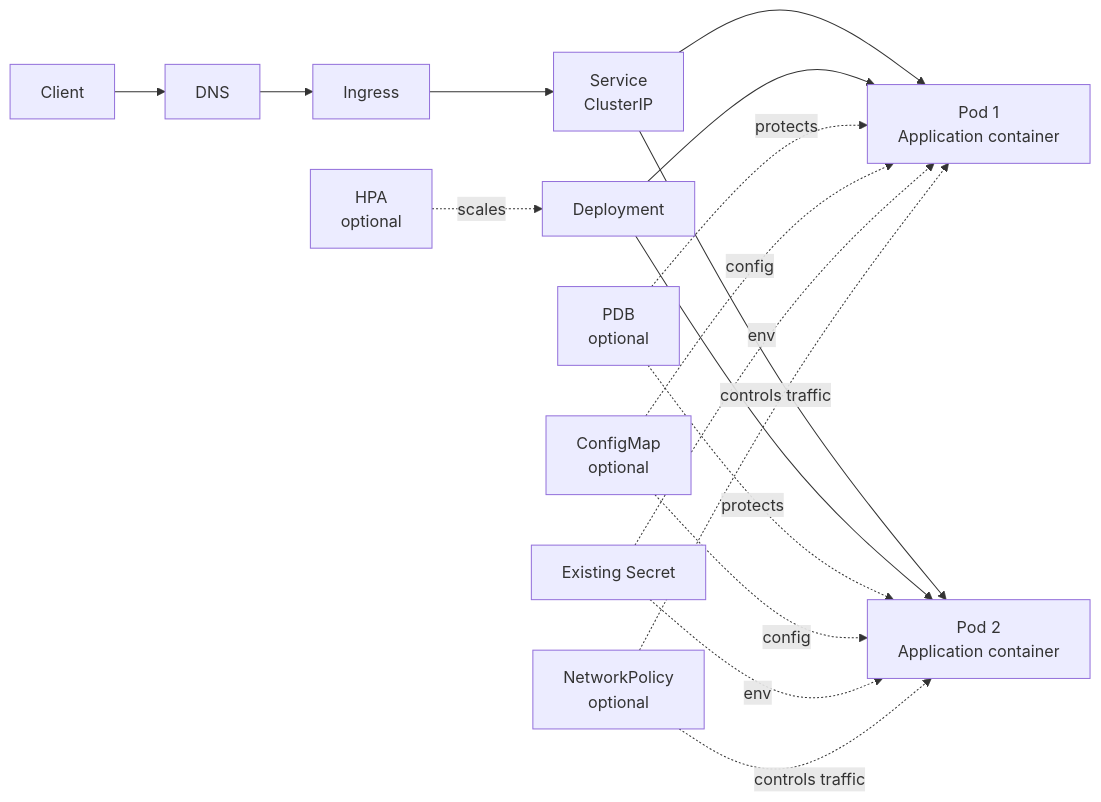
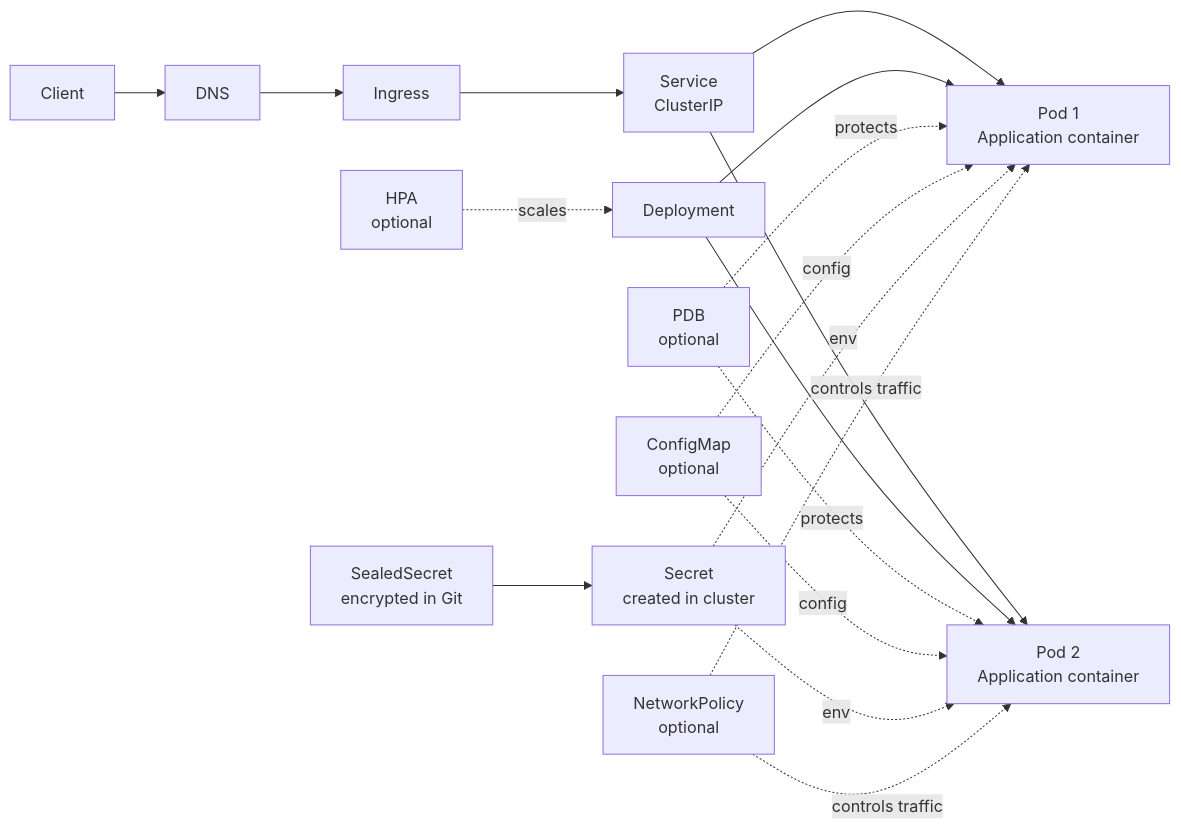
Before and after one commit to Kenshin0011/k8s-app-template: the first of 2 diagrams in README.md, drawn with Mermaid. The commit also changed other lines of this file and 4 other files, not shown here.

````diff
--- a/README.md
+++ b/README.md
@@ -9,22 +9,23 @@
 ```mermaid
 flowchart LR
     User[Client] --> DNS[DNS]
     DNS --> Ingress[Ingress]
     Ingress --> Service[Service<br/>ClusterIP]
     Service --> PodA[Pod 1<br/>Application container]
     Service --> PodB[Pod 2<br/>Application container]
 
     Deployment[Deployment] --> PodA
     Deployment --> PodB
     HPA[HPA<br/>optional] -. scales .-> Deployment
     PDB[PDB<br/>optional] -. protects .-> PodA
     PDB -. protects .-> PodB
 
     ConfigMap[ConfigMap<br/>optional] -. config .-> PodA
     ConfigMap -. config .-> PodB
-    Secret[Existing Secret] -. env .-> PodA
-    Secret -. env .-> PodB
+    Secret[SealedSecret<br/>encrypted in Git] --> SecretRuntime[Secret<br/>created in cluster]
+    SecretRuntime -. env .-> PodA
+    SecretRuntime -. env .-> PodB
 
     Policy[NetworkPolicy<br/>optional] -. controls traffic .-> PodA
     Policy -. controls traffic .-> PodB
 ```
````
